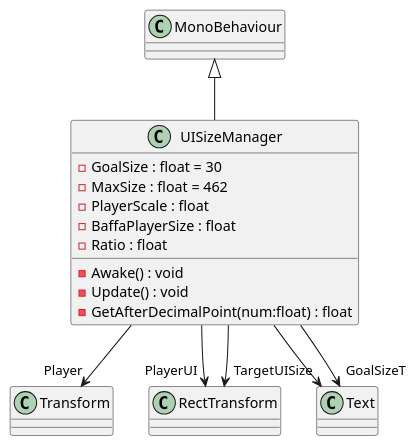
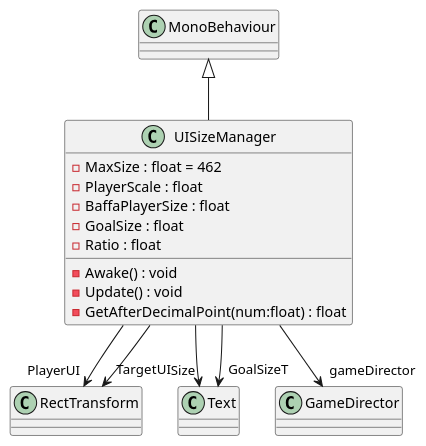
The diagram in plantuml/UIs/UISizeManager.puml (MainCastle1212/EverythingEater), drawn with PlantUML before and after one commit. The commit also changed 15 other files, not shown here.

```diff
--- a/plantuml/UIs/UISizeManager.puml
+++ b/plantuml/UIs/UISizeManager.puml
@@ -1,18 +1,18 @@
 @startuml
 class UISizeManager {
-    - GoalSize : float = 30
     - MaxSize : float = 462
     - PlayerScale : float
     - BaffaPlayerSize : float
+    - GoalSize : float
     - Ratio : float
     - Awake() : void
     - Update() : void
     - GetAfterDecimalPoint(num:float) : float
 }
 MonoBehaviour <|-- UISizeManager
-UISizeManager --> "Player" Transform
 UISizeManager --> "PlayerUI" RectTransform
 UISizeManager --> "TargetUI" RectTransform
 UISizeManager --> "Size" Text
 UISizeManager --> "GoalSizeT" Text
+UISizeManager --> "gameDirector" GameDirector
 @enduml
```
